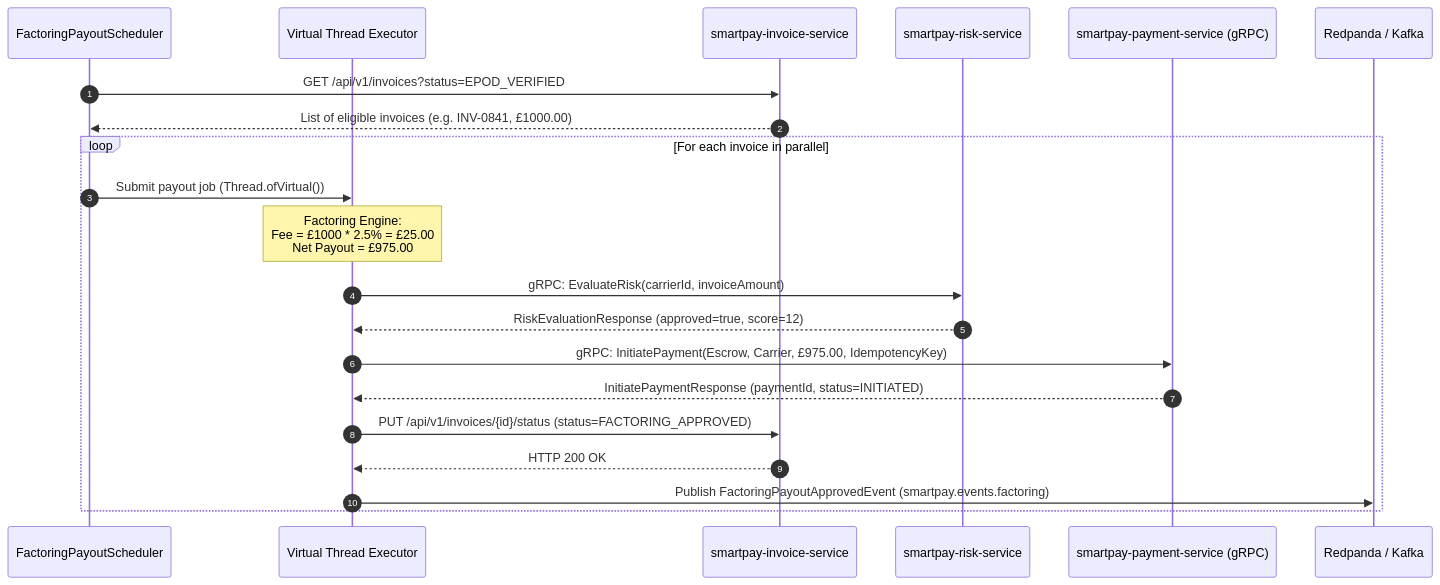
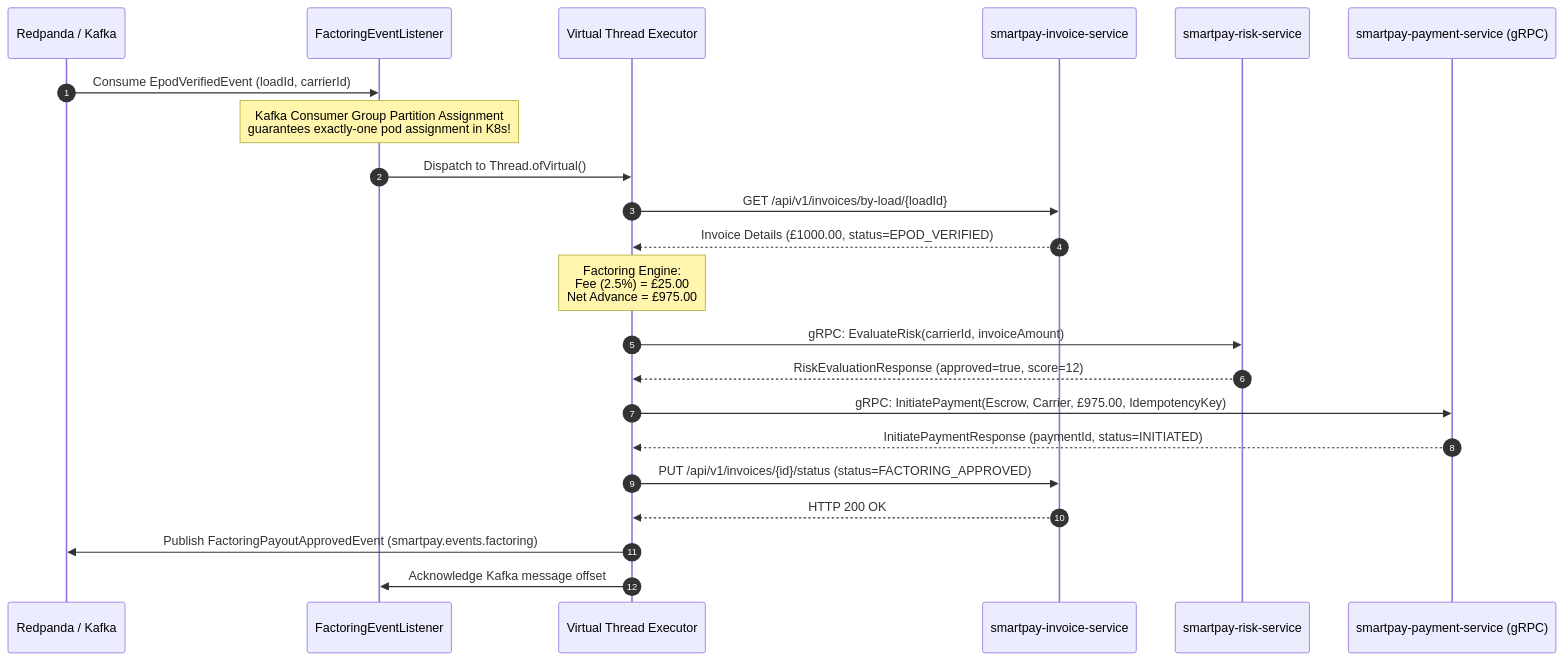
Before and after one commit to netologist/smartpay-system: the diagram in docs/stories/STORY-004-payout-factoring-worker.md, drawn with Mermaid. The commit also changed other lines of this file, not shown here.

Commit message:
refactor(story-004): align factoring worker with kafka event-driven architecture for kubernetes multi-pod safety

````diff
--- a/docs/stories/STORY-004-payout-factoring-worker.md
+++ b/docs/stories/STORY-004-payout-factoring-worker.md
@@ -61,30 +61,31 @@
 ```mermaid
 sequenceDiagram
     autonumber
-    participant Scheduler as FactoringPayoutScheduler
+    participant Kafka as Redpanda / Kafka
+    participant Listener as FactoringEventListener
     participant ThreadPool as Virtual Thread Executor
     participant InvoiceSvc as smartpay-invoice-service
     participant RiskSvc as smartpay-risk-service
     participant PaymentSvc as smartpay-payment-service (gRPC)
-    participant Kafka as Redpanda / Kafka
 
-    Scheduler->>InvoiceSvc: GET /api/v1/invoices?status=EPOD_VERIFIED
-    InvoiceSvc-->>Scheduler: List of eligible invoices (e.g. INV-0841, £1000.00)
+    Kafka->>Listener: Consume EpodVerifiedEvent (loadId, carrierId)
+    Note over Listener: Kafka Consumer Group Partition Assignment<br/>guarantees exactly-one pod assignment in K8s!
+    
+    Listener->>ThreadPool: Dispatch to Thread.ofVirtual()
+    ThreadPool->>InvoiceSvc: GET /api/v1/invoices/by-load/{loadId}
+    InvoiceSvc-->>ThreadPool: Invoice Details (£1000.00, status=EPOD_VERIFIED)
 
-    loop For each invoice in parallel
-        Scheduler->>ThreadPool: Submit payout job (Thread.ofVirtual())
-        
-        Note over ThreadPool: Factoring Engine:<br/>Fee = £1000 * 2.5% = £25.00<br/>Net Payout = £975.00
+    Note over ThreadPool: Factoring Engine:<br/>Fee (2.5%) = £25.00<br/>Net Advance = £975.00
 
-        ThreadPool->>RiskSvc: gRPC: EvaluateRisk(carrierId, invoiceAmount)
-        RiskSvc-->>ThreadPool: RiskEvaluationResponse (approved=true, score=12)
+    ThreadPool->>RiskSvc: gRPC: EvaluateRisk(carrierId, invoiceAmount)
+    RiskSvc-->>ThreadPool: RiskEvaluationResponse (approved=true, score=12)
 
-        ThreadPool->>PaymentSvc: gRPC: InitiatePayment(Escrow, Carrier, £975.00, IdempotencyKey)
-        PaymentSvc-->>ThreadPool: InitiatePaymentResponse (paymentId, status=INITIATED)
+    ThreadPool->>PaymentSvc: gRPC: InitiatePayment(Escrow, Carrier, £975.00, IdempotencyKey)
+    PaymentSvc-->>ThreadPool: InitiatePaymentResponse (paymentId, status=INITIATED)
 
-        ThreadPool->>InvoiceSvc: PUT /api/v1/invoices/{id}/status (status=FACTORING_APPROVED)
-        InvoiceSvc-->>ThreadPool: HTTP 200 OK
+    ThreadPool->>InvoiceSvc: PUT /api/v1/invoices/{id}/status (status=FACTORING_APPROVED)
+    InvoiceSvc-->>ThreadPool: HTTP 200 OK
 
-        ThreadPool->>Kafka: Publish FactoringPayoutApprovedEvent (smartpay.events.factoring)
-    end
+    ThreadPool->>Kafka: Publish FactoringPayoutApprovedEvent (smartpay.events.factoring)
+    ThreadPool->>Listener: Acknowledge Kafka message offset
 ```
````
